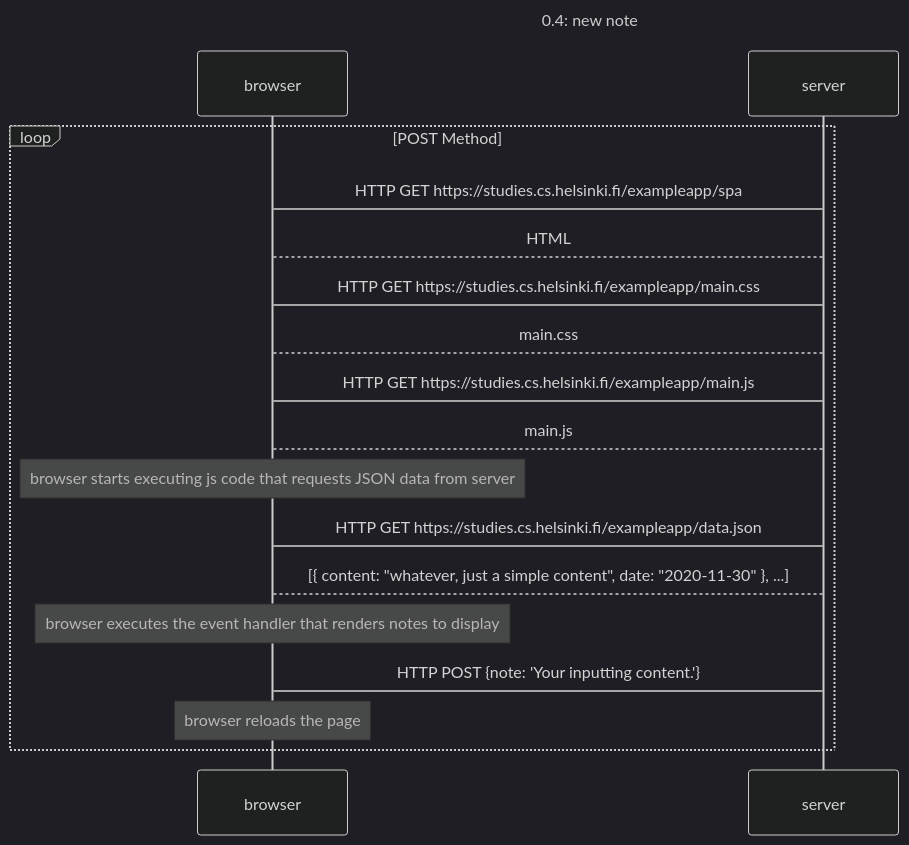
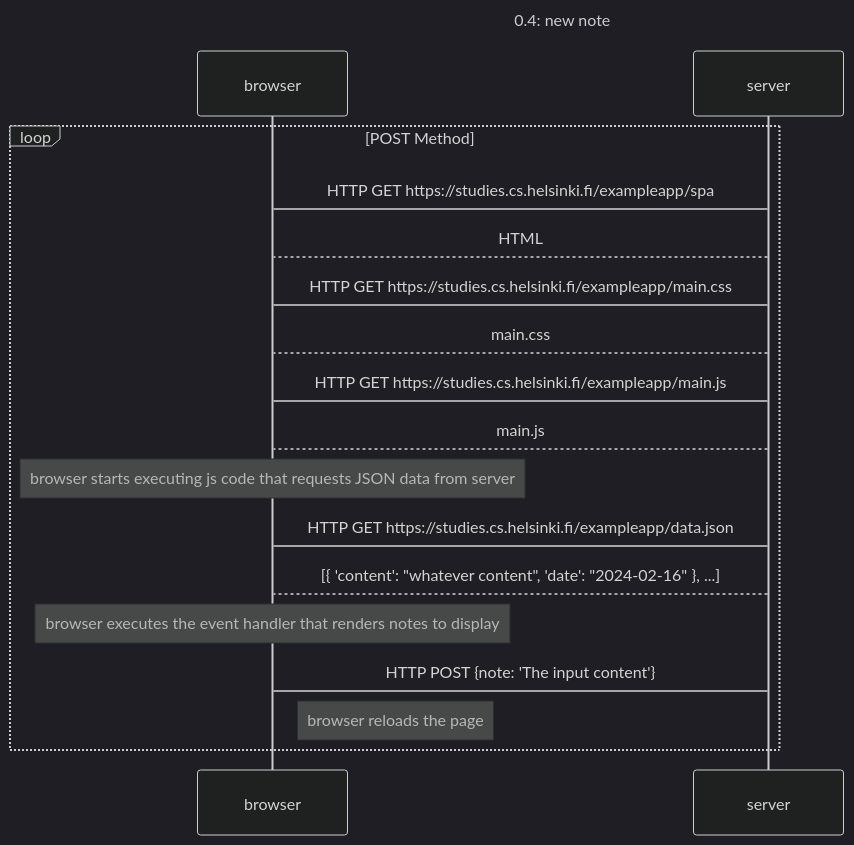
Before and after one commit to Vizard16/FullStackOpen: the diagram in part0/0.4.md, drawn with Mermaid (dark theme).

Commit message:
Finished Exercise 0.4

````diff
--- a/part0/0.4.md
+++ b/part0/0.4.md
@@ -3,24 +3,24 @@
 ```mermaid
 sequenceDiagram
     Title: 0.4: new note
 
     loop POST Method
         browser->server: HTTP GET https://studies.cs.helsinki.fi/exampleapp/spa
         server-->browser: HTML
         browser->server: HTTP GET https://studies.cs.helsinki.fi/exampleapp/main.css
         server-->browser: main.css
         browser->server: HTTP GET https://studies.cs.helsinki.fi/exampleapp/main.js
         server-->browser: main.js
 
         note over browser: browser starts executing js code that requests JSON data from server
 
         browser->server: HTTP GET https://studies.cs.helsinki.fi/exampleapp/data.json
-        server-->browser: [{ content: "whatever, just a simple content", date: "2020-11-30" }, ...]
+        server-->browser: [{ 'content': "whatever content", 'date': "2024-02-16" }, ...]
 
         note over browser: browser executes the event handler that renders notes to display
 
-        browser->server: HTTP POST {note: 'Your inputting content.'}
+        browser->server: HTTP POST {note: 'The input content'}
 
-        note over browser: browser reloads the page
+        note right of browser: browser reloads the page
     end
 ```
````
